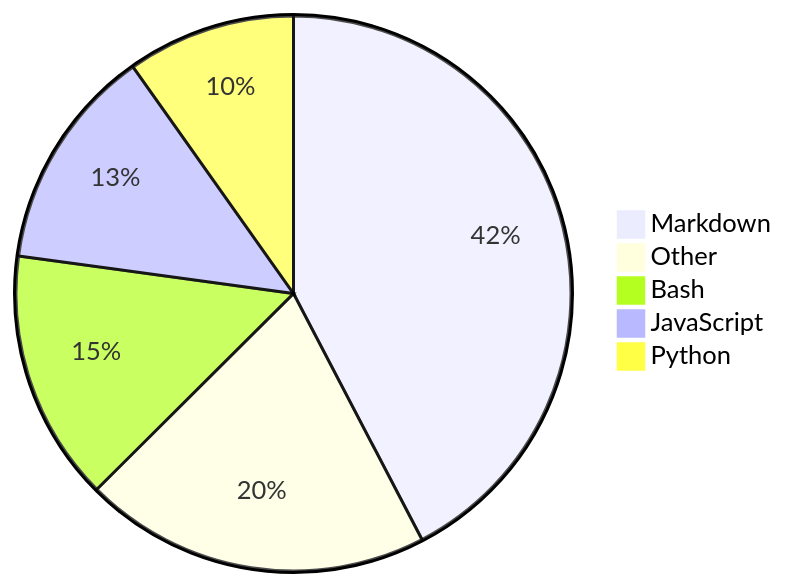
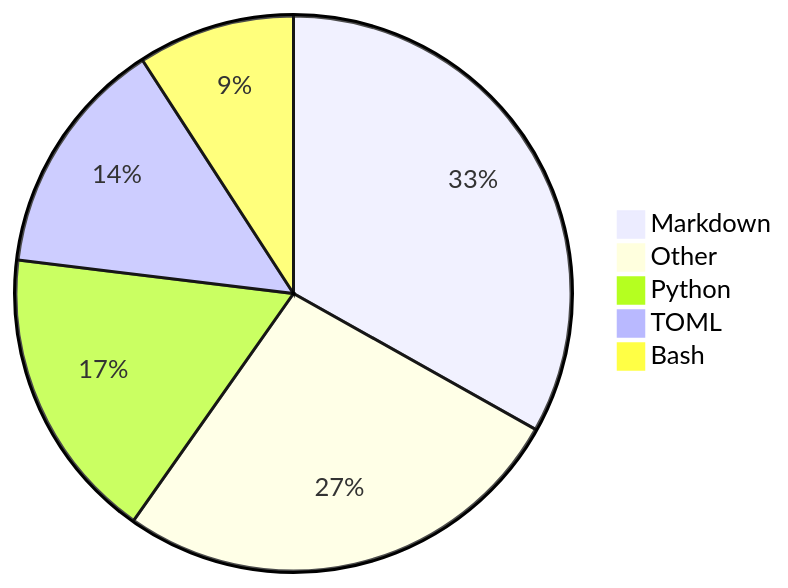
Before and after one commit to Alicia111/alicia111: the diagram in README.md, drawn with Mermaid.

Commit message:
Update WakaTime stats (・ω・)b

````diff
--- a/README.md
+++ b/README.md
@@ -32,8 +32,8 @@
 ```mermaid
 pie
-    "Markdown" : 38.56
-    "Other" : 18.39
-    "Bash" : 13.32
-    "JavaScript" : 11.87
-    "Python" : 8.93
+    "Markdown" : 27.0
+    "Other" : 21.69
+    "Python" : 13.98
+    "TOML" : 11.35
+    "Bash" : 7.45
 ```
````
